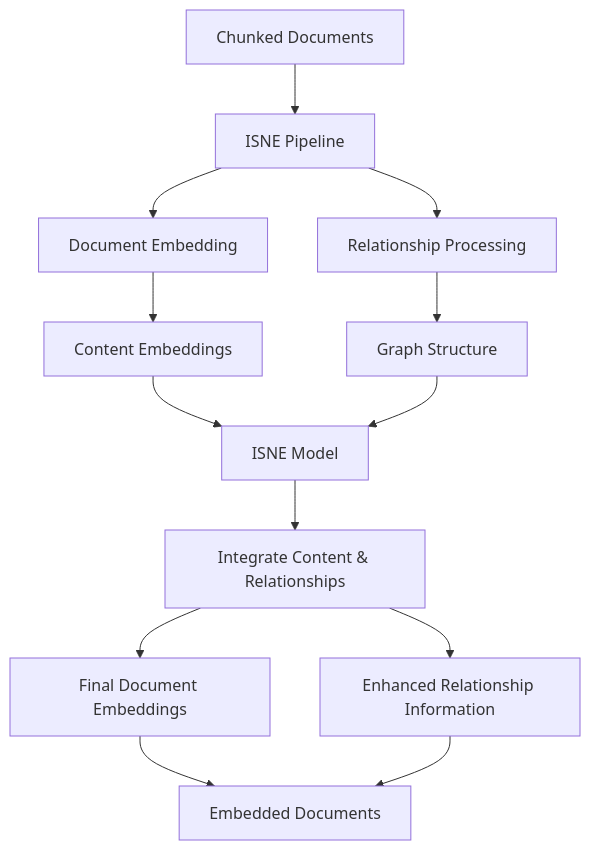
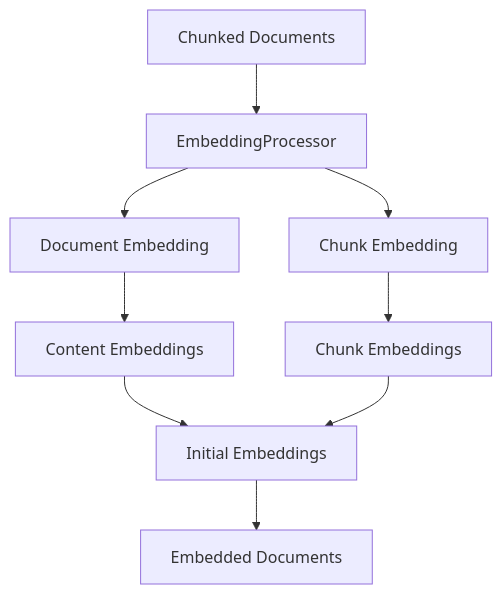
The fourth of 9 diagrams in docs/ingestion_system.md (r3d91ll/HADES-PathRAG), drawn with Mermaid before and after one commit. The commit also changed other lines of this file and 34 other files, not shown here.

Commit message:
Add vLLM integration for model inference and embeddings

````diff
--- a/docs/ingestion_system.md
+++ b/docs/ingestion_system.md
@@ -168,18 +189,14 @@
 ```mermaid
 graph TD
-    A[Chunked Documents] --> B[ISNE Pipeline]
+    A[Chunked Documents] --> B[EmbeddingProcessor]
     
     B --> C[Document Embedding]
-    B --> D[Relationship Processing]
+    B --> D[Chunk Embedding]
     
     C --> E[Content Embeddings]
-    D --> F[Graph Structure]
+    D --> F[Chunk Embeddings]
     
-    E & F --> G[ISNE Model]
-    G --> H[Integrate Content & Relationships]
+    E & F --> G[Initial Embeddings]
     
-    H --> I[Final Document Embeddings]
-    H --> J[Enhanced Relationship Information]
-    
-    I & J --> K[Embedded Documents]
+    G --> H[Embedded Documents]
 ```
````
